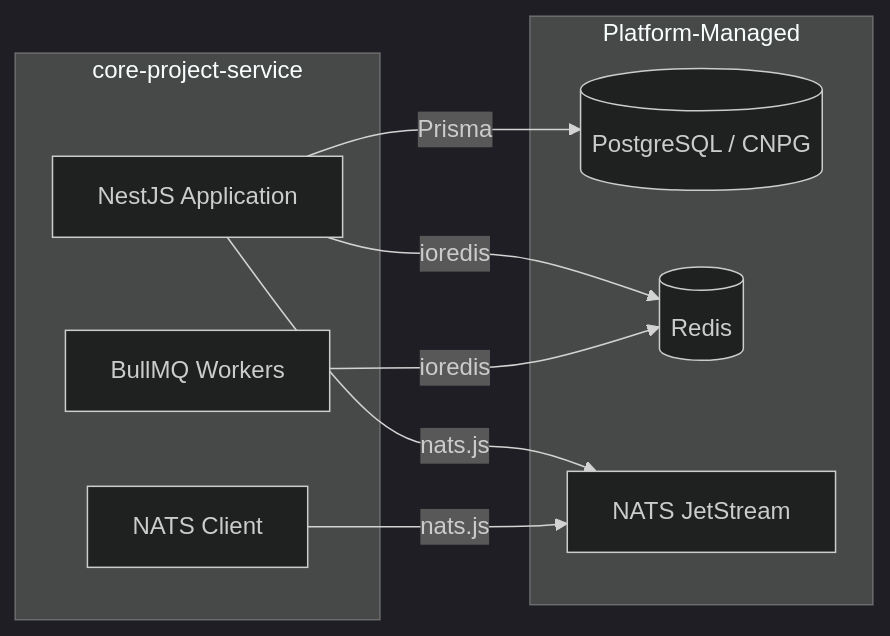
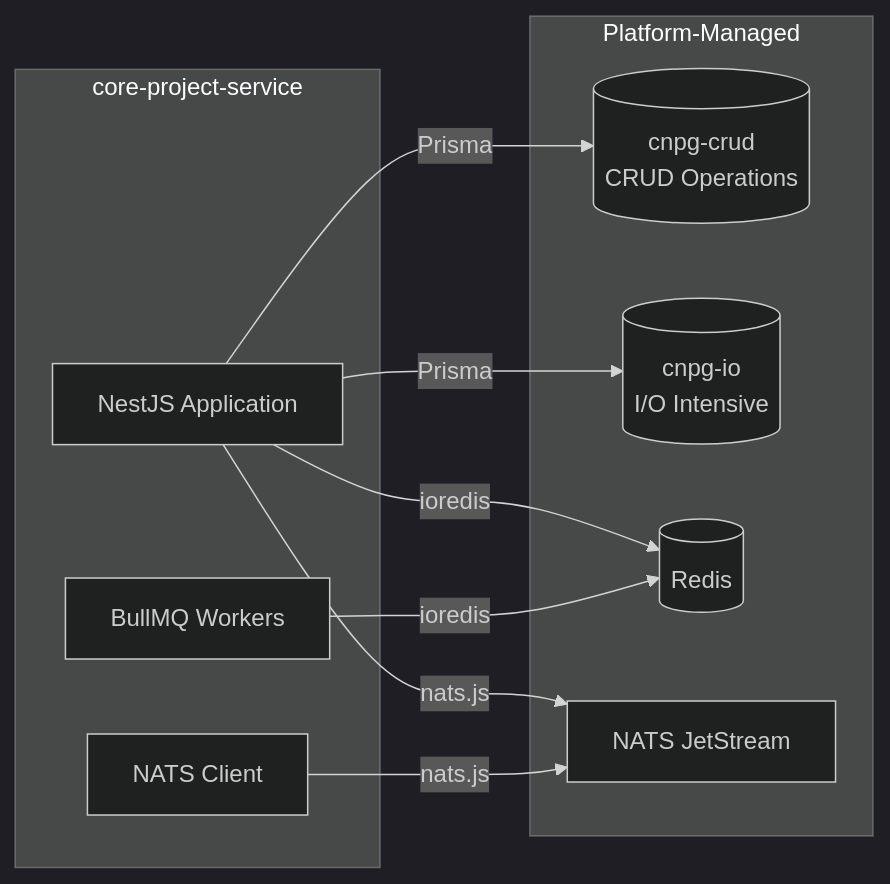
Before and after one commit to VisioBook-ESP/core-project-service: the first of 6 diagrams in ARCHITECTURE.md, drawn with Mermaid (dark theme). The commit also changed other lines of this file and 59 other files, not shown here.

````diff
--- a/ARCHITECTURE.md
+++ b/ARCHITECTURE.md
@@ -108,20 +128,22 @@
 ```mermaid
 graph LR
     subgraph "core-project-service"
         APP[NestJS Application]
         BULL[BullMQ Workers]
         NATS_CLIENT[NATS Client]
     end
 
     subgraph "Platform-Managed"
-        PG[(PostgreSQL / CNPG)]
+        PG_CRUD[(cnpg-crud<br/>CRUD Operations)]
+        PG_IO[(cnpg-io<br/>I/O Intensive)]
         REDIS[(Redis)]
         NATS_SERVER[NATS JetStream]
     end
 
-    APP -->|Prisma| PG
+    APP -->|Prisma| PG_CRUD
+    APP -->|Prisma| PG_IO
     APP -->|ioredis| REDIS
     BULL -->|ioredis| REDIS
     APP -->|nats.js| NATS_SERVER
     NATS_CLIENT -->|nats.js| NATS_SERVER
 ```
````
